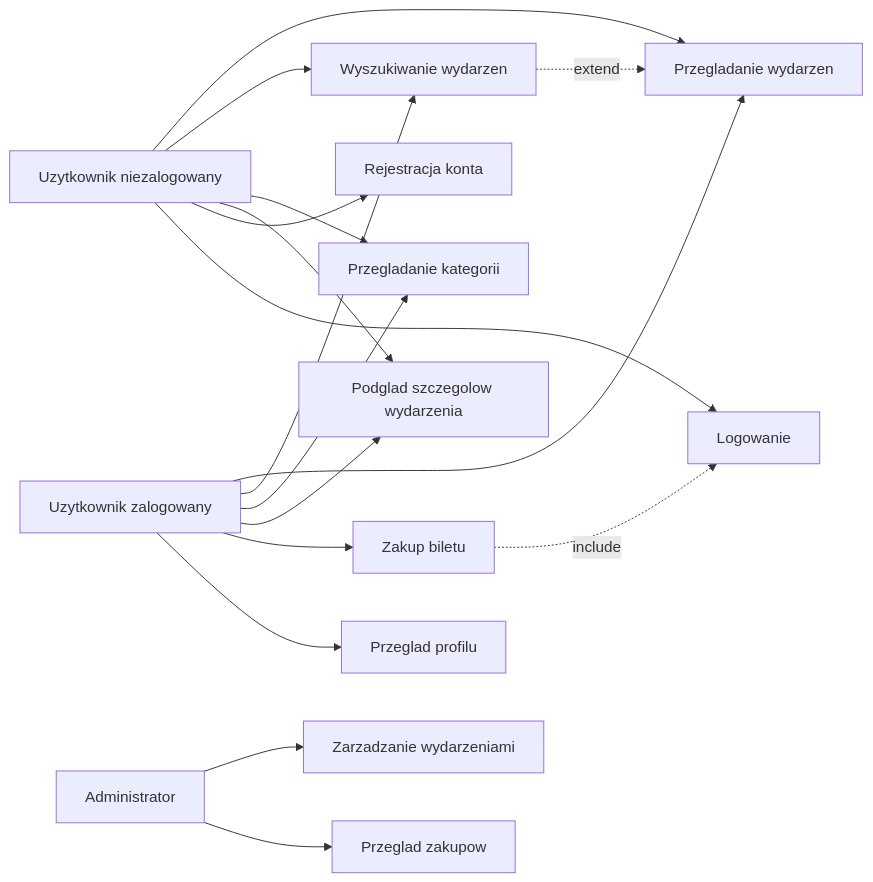
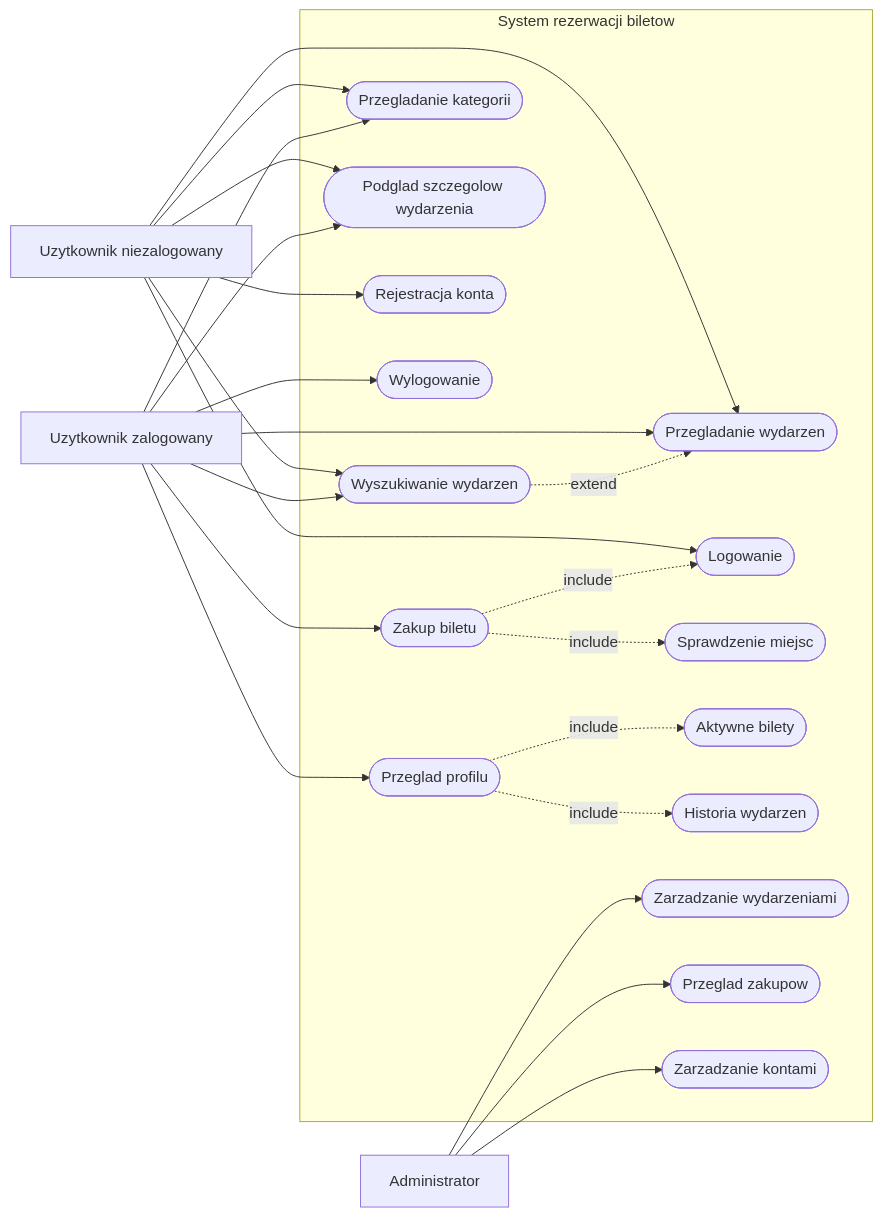
The first of 2 diagrams in Projekt/README.md (DamianS18/MVC-lab), drawn with Mermaid before and after one commit. The commit also changed other lines of this file and 5 other files, not shown here.

````diff
--- a/Projekt/README.md
+++ b/Projekt/README.md
@@ -242,37 +264,49 @@
 ```mermaid
 flowchart LR
     guest["Uzytkownik niezalogowany"]
     user["Uzytkownik zalogowany"]
     admin["Administrator"]
 
-    browse["Przegladanie wydarzen"]
-    search["Wyszukiwanie wydarzen"]
-    categories["Przegladanie kategorii"]
-    details["Podglad szczegolow wydarzenia"]
-    signup["Rejestracja konta"]
-    login["Logowanie"]
-    buy["Zakup biletu"]
-    profile["Przeglad profilu"]
-    manage["Zarzadzanie wydarzeniami"]
-    purchases["Przeglad zakupow"]
+    subgraph system["System rezerwacji biletow"]
+        browse(["Przegladanie wydarzen"])
+        search(["Wyszukiwanie wydarzen"])
+        categories(["Przegladanie kategorii"])
+        details(["Podglad szczegolow wydarzenia"])
+        signup(["Rejestracja konta"])
+        login(["Logowanie"])
+        logout(["Wylogowanie"])
+        buy(["Zakup biletu"])
+        availability(["Sprawdzenie miejsc"])
+        profile(["Przeglad profilu"])
+        tickets(["Aktywne bilety"])
+        history(["Historia wydarzen"])
+        manage(["Zarzadzanie wydarzeniami"])
+        purchases(["Przeglad zakupow"])
+        accounts(["Zarzadzanie kontami"])
+    end
 
     guest --> browse
     guest --> search
     guest --> categories
     guest --> details
     guest --> signup
     guest --> login
 
     user --> browse
     user --> search
     user --> categories
     user --> details
     user --> buy
     user --> profile
+    user --> logout
 
     admin --> manage
     admin --> purchases
+    admin --> accounts
 
     search -. "extend" .-> browse
     buy -. "include" .-> login
+    buy -. "include" .-> availability
+    profile -. "include" .-> tickets
+    profile -. "include" .-> history
 ```
````
